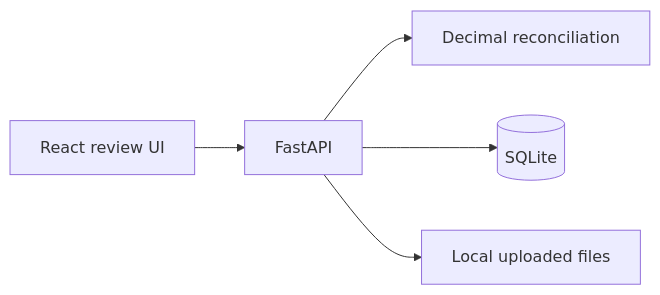
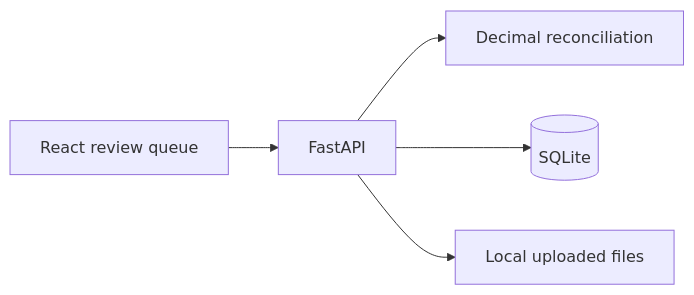
The diagram in README.md (ranajahanzaib/invoice-discrepancy-detector), drawn with Mermaid before and after one commit. The commit also changed other lines of this file and 2 other files, not shown here.

````diff
--- a/README.md
+++ b/README.md
@@ -40,7 +69,7 @@
 ```mermaid
 flowchart LR
-  UI[React review UI] --> API[FastAPI]
+  UI[React review queue] --> API[FastAPI]
   API --> R[Decimal reconciliation]
   API --> DB[(SQLite)]
   API --> FS[Local uploaded files]
 ```
````
